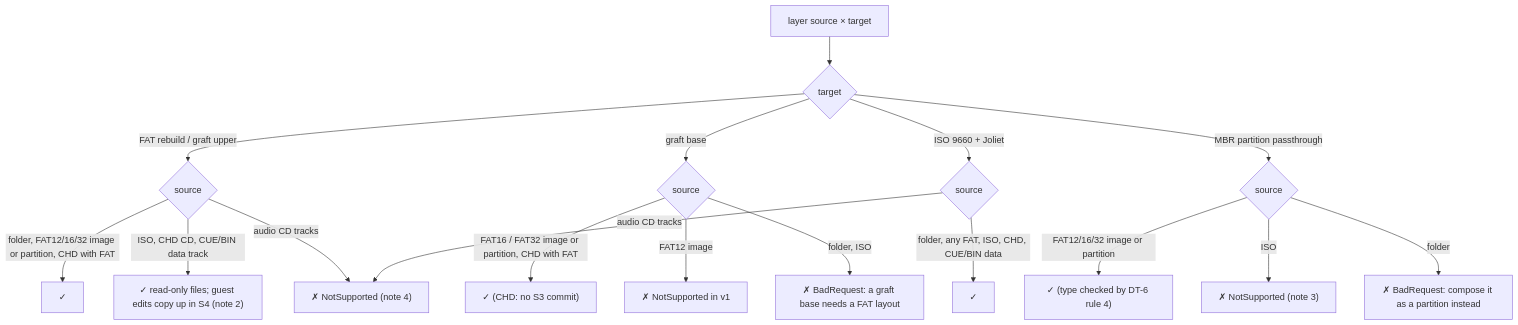
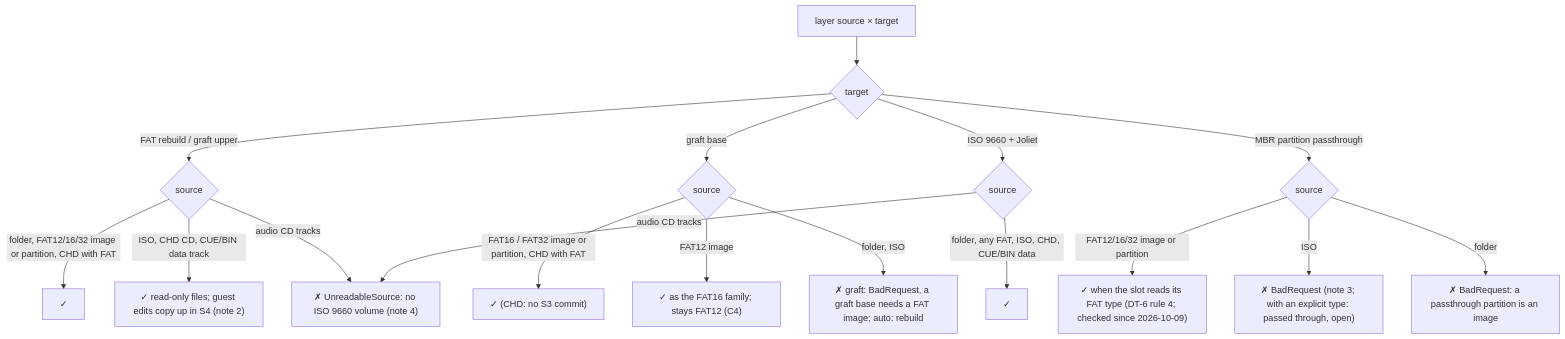
The first of 2 diagrams in docs/inprogress/2026-10-05-media-multisource/fs-compatibility.md (alfishe/unreal-ng), drawn with Mermaid before and after one commit. The commit also changed other lines of this file and 57 other files, not shown here.

````diff
--- a/docs/inprogress/2026-10-05-media-multisource/fs-compatibility.md
+++ b/docs/inprogress/2026-10-05-media-multisource/fs-compatibility.md
@@ -66,19 +104,19 @@
 ```mermaid
 flowchart TD
     A["layer source × target"] --> T{"target"}
     T -->|"FAT rebuild / graft upper"| F{"source"}
     F -->|"folder, FAT12/16/32 image or partition, CHD with FAT"| OK1["✓"]
     F -->|"ISO, CHD CD, CUE/BIN data track"| OK2["✓ read-only files; guest edits copy up in S4 (note 2)"]
-    F -->|"audio CD tracks"| NO1["✗ NotSupported (note 4)"]
+    F -->|"audio CD tracks"| NO1["✗ UnreadableSource: no ISO 9660 volume (note 4)"]
     T -->|"graft base"| G{"source"}
     G -->|"FAT16 / FAT32 image or partition, CHD with FAT"| OK3["✓ (CHD: no S3 commit)"]
-    G -->|"FAT12 image"| NO2["✗ NotSupported in v1"]
-    G -->|"folder, ISO"| NO3["✗ BadRequest: a graft base needs a FAT layout"]
+    G -->|"FAT12 image"| NO2["✓ as the FAT16 family; stays FAT12 (C4)"]
+    G -->|"folder, ISO"| NO3["✗ graft: BadRequest, a graft base needs a FAT image; auto: rebuild"]
     T -->|"ISO 9660 + Joliet"| I{"source"}
     I -->|"folder, any FAT, ISO, CHD, CUE/BIN data"| OK4["✓"]
     I -->|"audio CD tracks"| NO1
     T -->|"MBR partition passthrough"| P{"source"}
-    P -->|"FAT12/16/32 image or partition"| OK5["✓ (type checked by DT-6 rule 4)"]
-    P -->|"ISO"| NO4["✗ NotSupported (note 3)"]
-    P -->|"folder"| NO5["✗ BadRequest: compose it as a partition instead"]
+    P -->|"FAT12/16/32 image or partition"| OK5["✓ when the slot reads its FAT type (DT-6 rule 4; checked since 2026-10-09)"]
+    P -->|"ISO"| NO4["✗ BadRequest (note 3; with an explicit type: passed through, open)"]
+    P -->|"folder"| NO5["✗ BadRequest: a passthrough partition is an image"]
 ```
````
